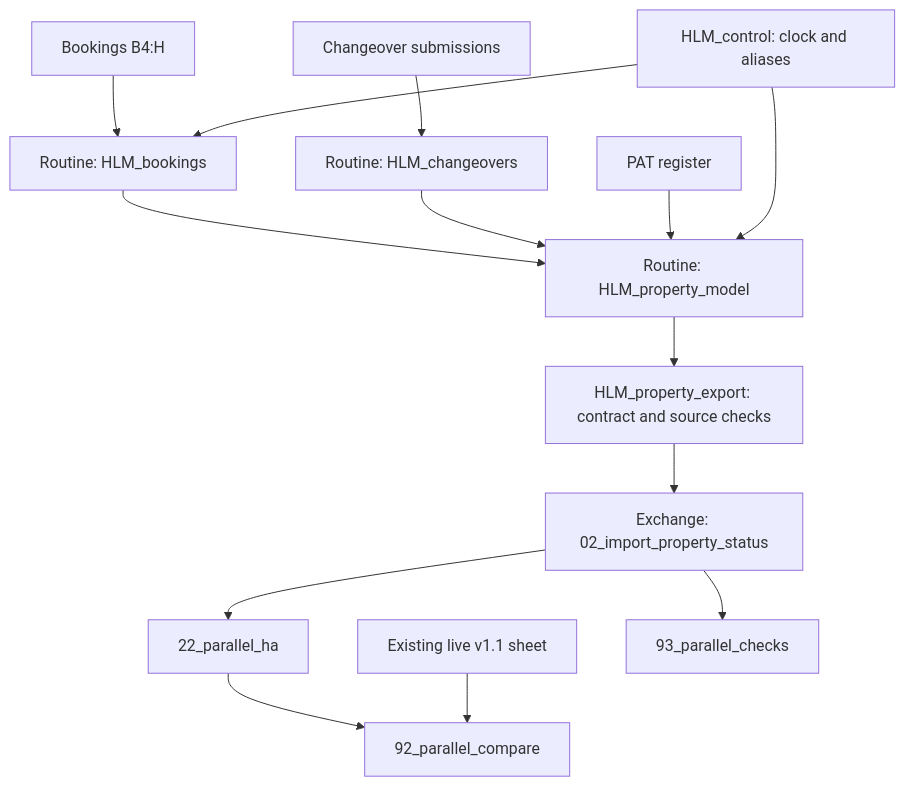
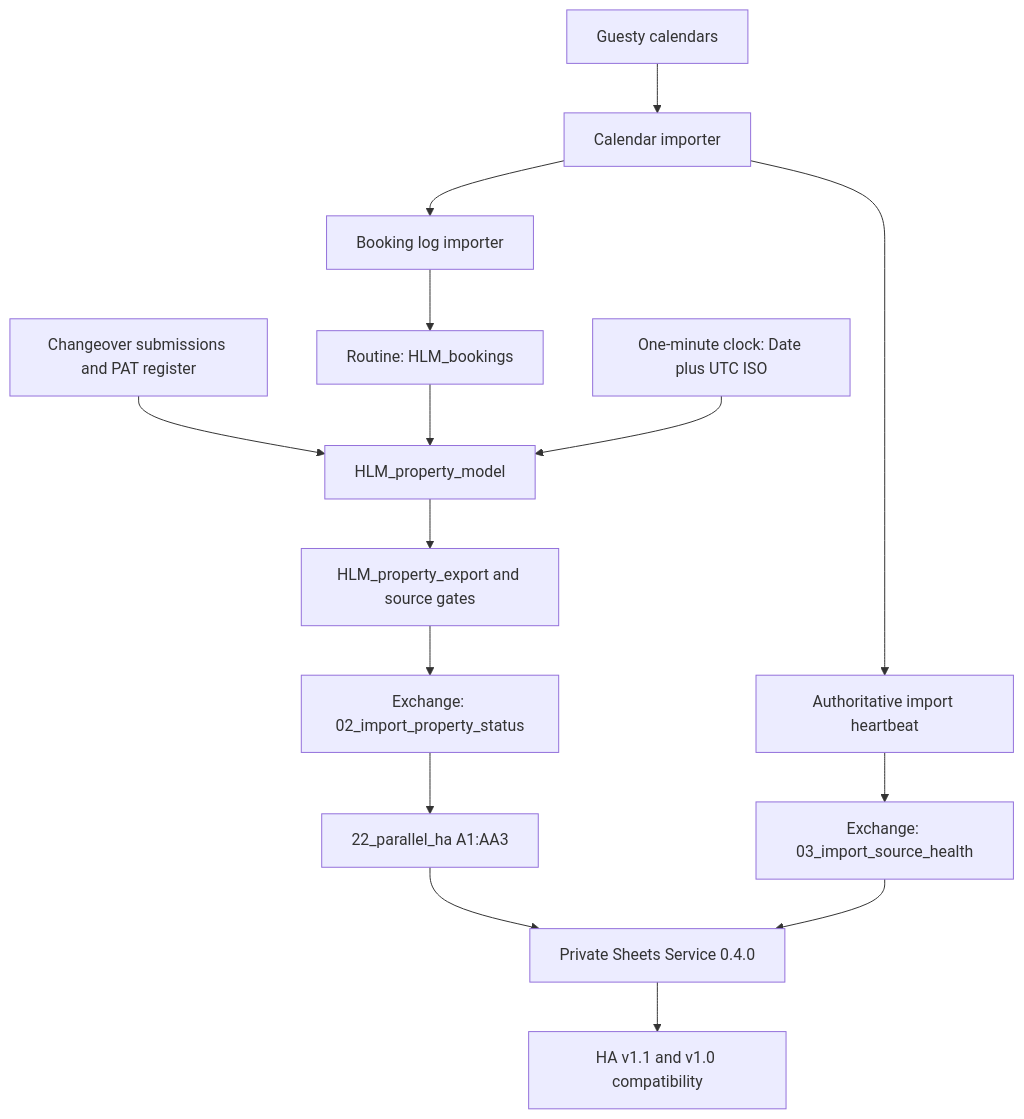
The diagram in hlm_sheets_service/ARCHITECTURE.md (mark4068-dotcom/Holiday-Let-Manager-Addons), drawn with Mermaid before and after one commit. The commit also changed other lines of this file and 4 other files, not shown here.

````diff
--- a/hlm_sheets_service/ARCHITECTURE.md
+++ b/hlm_sheets_service/ARCHITECTURE.md
@@ -28,16 +6,17 @@
 ```mermaid
 flowchart TD
-    B[Bookings B4:H] --> N[Routine: HLM_bookings]
-    C[Changeover submissions] --> T[Routine: HLM_changeovers]
-    N --> M[Routine: HLM_property_model]
-    T --> M
-    P[PAT register] --> M
-    K[HLM_control: clock and aliases] --> N
-    K --> M
-    M --> X[HLM_property_export: contract and source checks]
+    G[Guesty calendars] --> C[Calendar importer]
+    C --> B[Booking log importer]
+    B --> N[Routine: HLM_bookings]
+    T[Changeover submissions and PAT register] --> M[HLM_property_model]
+    N --> M
+    K[One-minute clock: Date plus UTC ISO] --> M
+    M --> X[HLM_property_export and source gates]
     X --> I[Exchange: 02_import_property_status]
-    I --> O[22_parallel_ha]
-    O --> D[92_parallel_compare]
-    L[Existing live v1.1 sheet] --> D
-    I --> Q[93_parallel_checks]
+    I --> P[22_parallel_ha A1:AA3]
+    P --> S[Private Sheets Service 0.4.0]
+    S --> H[HA v1.1 and v1.0 compatibility]
+    C --> HB[Authoritative import heartbeat]
+    HB --> HI[Exchange: 03_import_source_health]
+    HI --> S
 ```
````
